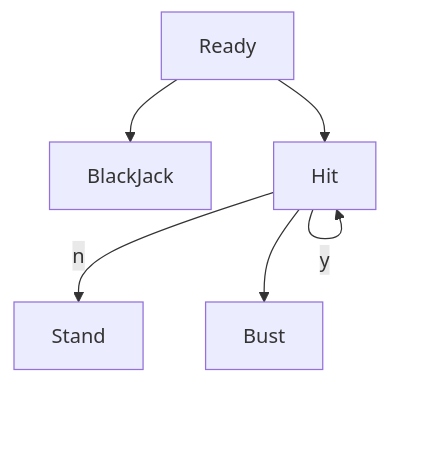
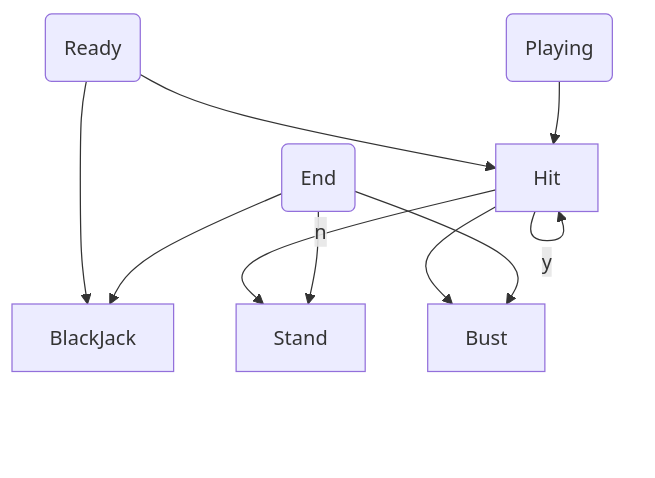
The diagram in README.md (woowacourse/java-blackjack), drawn with Mermaid before and after one commit.

Commit message:
docs: 다이어그램 수정

````diff
--- a/README.md
+++ b/README.md
@@ -50,8 +50,12 @@
 ```mermaid
 graph TD
-Ready[Ready] --> BlackJack[BlackJack]
+Ready(Ready) --> BlackJack[BlackJack]
 Ready --> Hit[Hit]
 Hit --> |y| Hit
 Hit --> |n| Stand[Stand]
 Hit --> Bust[Bust]
+End(End) --> BlackJack
+End --> Stand
+End --> Bust
+Playing(Playing) --> Hit
 ```
````
